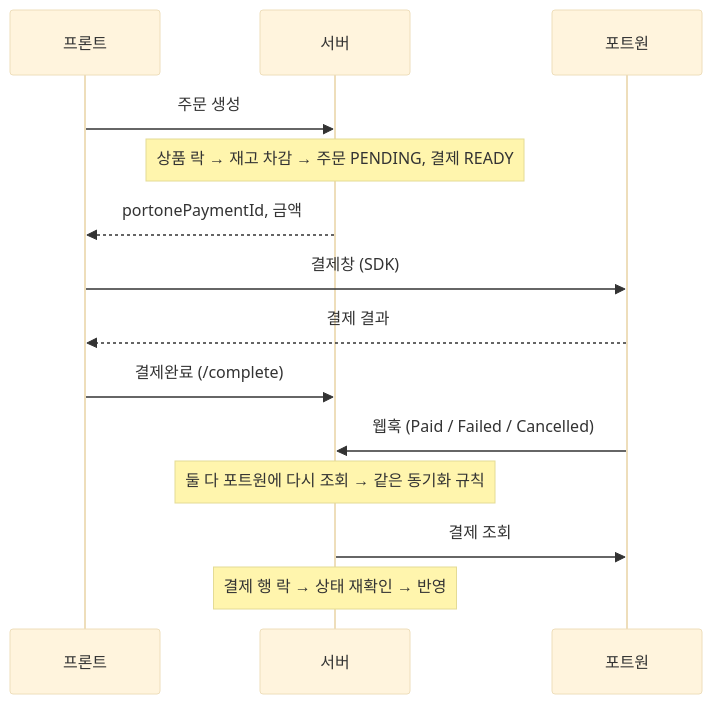
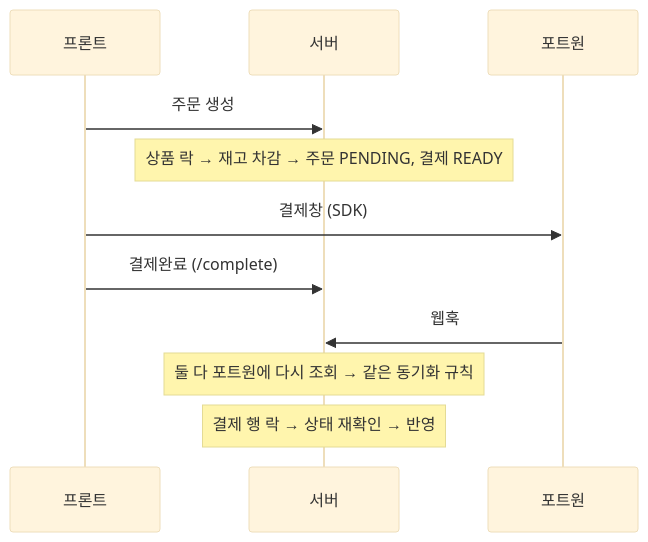
The second of 2 diagrams in README.md (junghun92/baseshop), drawn with Mermaid (base theme) before and after one commit. The commit also changed other lines of this file, not shown here.

````diff
--- a/README.md
+++ b/README.md
@@ -153,16 +190,13 @@
 ```mermaid
 sequenceDiagram
     participant F as 프론트
     participant S as 서버
     participant P as 포트원
     F->>S: 주문 생성
     Note over S: 상품 락 → 재고 차감 → 주문 PENDING, 결제 READY
-    S-->>F: portonePaymentId, 금액
     F->>P: 결제창 (SDK)
-    P-->>F: 결제 결과
     F->>S: 결제완료 (/complete)
-    P->>S: 웹훅 (Paid / Failed / Cancelled)
+    P->>S: 웹훅
     Note over S: 둘 다 포트원에 다시 조회 → 같은 동기화 규칙
-    S->>P: 결제 조회
     Note over S: 결제 행 락 → 상태 재확인 → 반영
 ```
````
